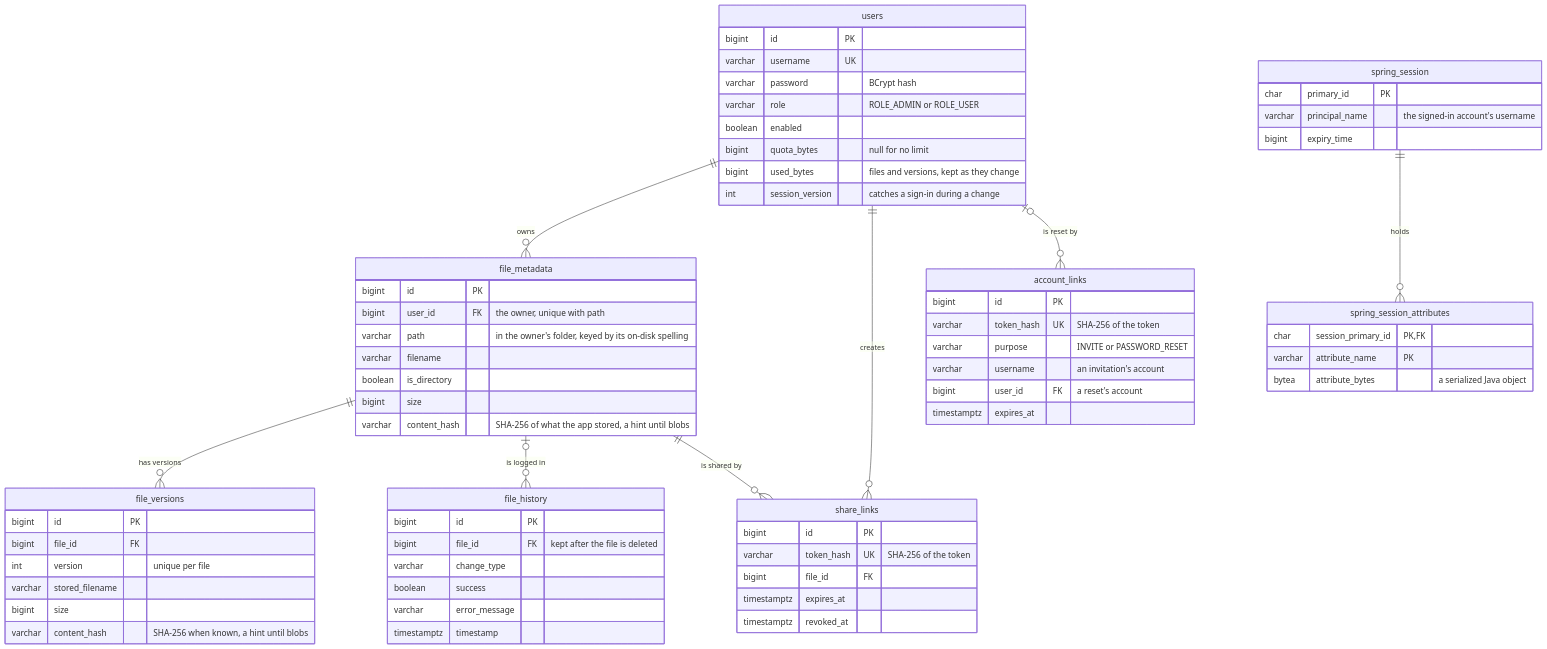
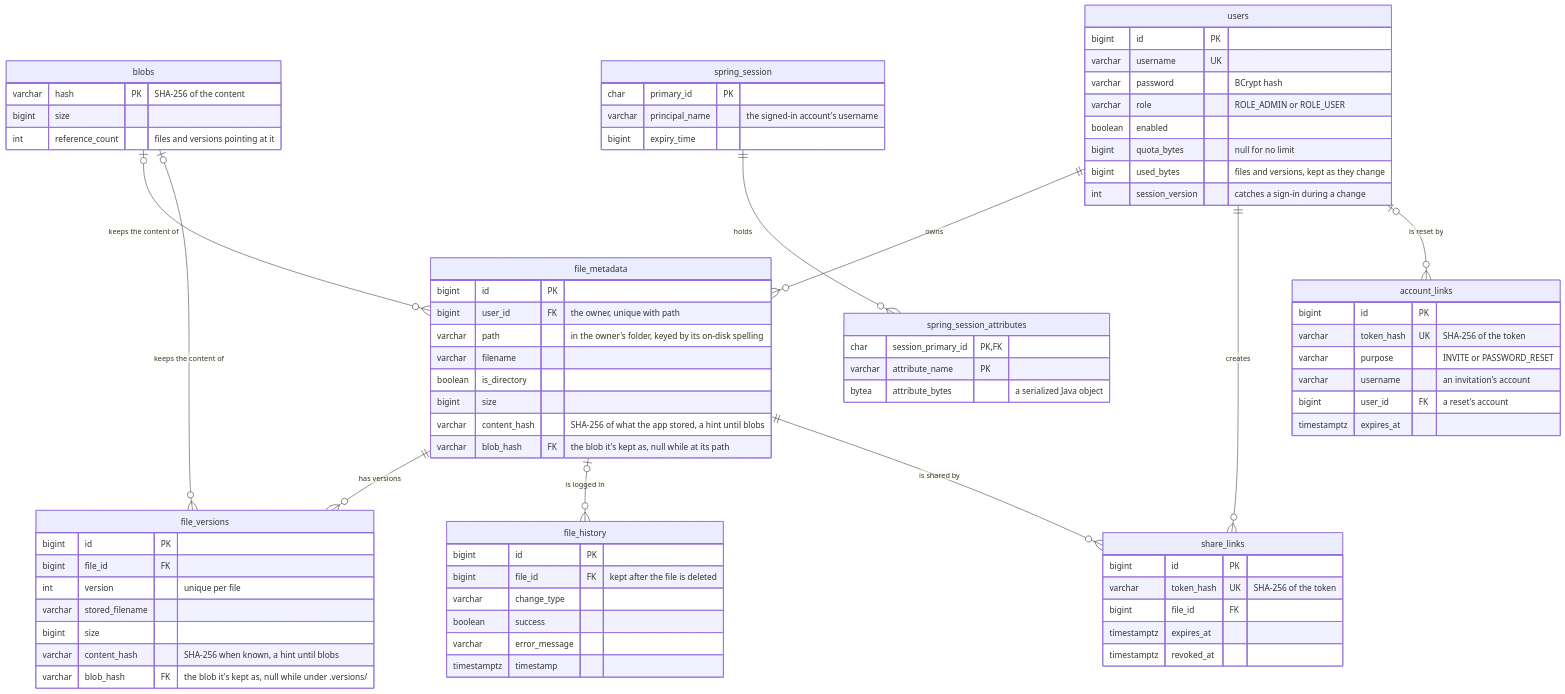
The second of 6 diagrams in README.md (mevcaus/JavaDropbox), drawn with Mermaid before and after one commit. The commit also changed 2 other files, not shown here.

Commit message:
describe blob_hash in the docs and the schema diagram

````diff
--- a/README.md
+++ b/README.md
@@ -96,71 +96,80 @@
 ```mermaid
 erDiagram
     users ||--o{ file_metadata : owns
     file_metadata ||--o{ file_versions : "has versions"
     file_metadata |o--o{ file_history : "is logged in"
     file_metadata ||--o{ share_links : "is shared by"
     users ||--o{ share_links : creates
     users |o--o{ account_links : "is reset by"
+    blobs |o--o{ file_metadata : "keeps the content of"
+    blobs |o--o{ file_versions : "keeps the content of"
 
     users {
         bigint id PK
         varchar username UK
         varchar password "BCrypt hash"
         varchar role "ROLE_ADMIN or ROLE_USER"
         boolean enabled
         bigint quota_bytes "null for no limit"
         bigint used_bytes "files and versions, kept as they change"
         int session_version "catches a sign-in during a change"
     }
     file_metadata {
         bigint id PK
         bigint user_id FK "the owner, unique with path"
         varchar path "in the owner's folder, keyed by its on-disk spelling"
         varchar filename
         boolean is_directory
         bigint size
         varchar content_hash "SHA-256 of what the app stored, a hint until blobs"
+        varchar blob_hash FK "the blob it's kept as, null while at its path"
     }
     file_versions {
         bigint id PK
         bigint file_id FK
         int version "unique per file"
         varchar stored_filename
         bigint size
         varchar content_hash "SHA-256 when known, a hint until blobs"
+        varchar blob_hash FK "the blob it's kept as, null while under .versions/"
+    }
+    blobs {
+        varchar hash PK "SHA-256 of the content"
+        bigint size
+        int reference_count "files and versions pointing at it"
     }
     file_history {
         bigint id PK
         bigint file_id FK "kept after the file is deleted"
         varchar change_type
         boolean success
         varchar error_message
         timestamptz timestamp
     }
     share_links {
         bigint id PK
         varchar token_hash UK "SHA-256 of the token"
         bigint file_id FK
         timestamptz expires_at
         timestamptz revoked_at
     }
     account_links {
         bigint id PK
         varchar token_hash UK "SHA-256 of the token"
         varchar purpose "INVITE or PASSWORD_RESET"
         varchar username "an invitation's account"
         bigint user_id FK "a reset's account"
         timestamptz expires_at
     }
     spring_session ||--o{ spring_session_attributes : holds
     spring_session {
         char primary_id PK
         varchar principal_name "the signed-in account's username"
         bigint expiry_time
     }
     spring_session_attributes {
         char session_primary_id PK, FK
         varchar attribute_name PK
         bytea attribute_bytes "a serialized Java object"
     }
 ```
````
